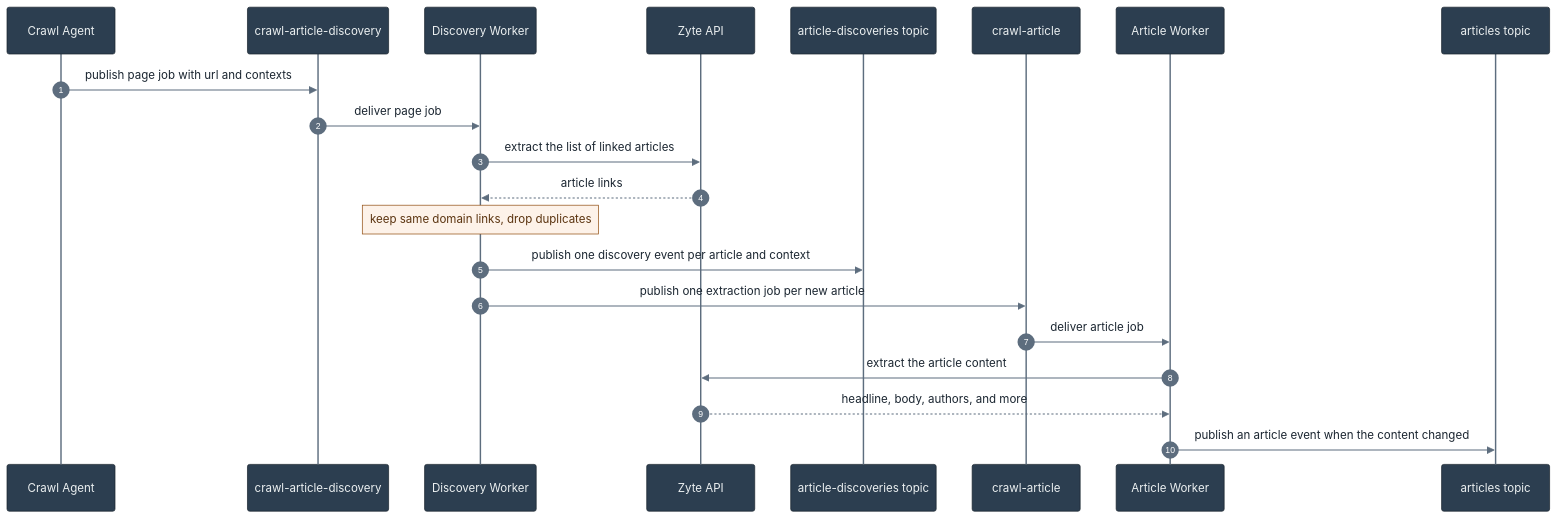
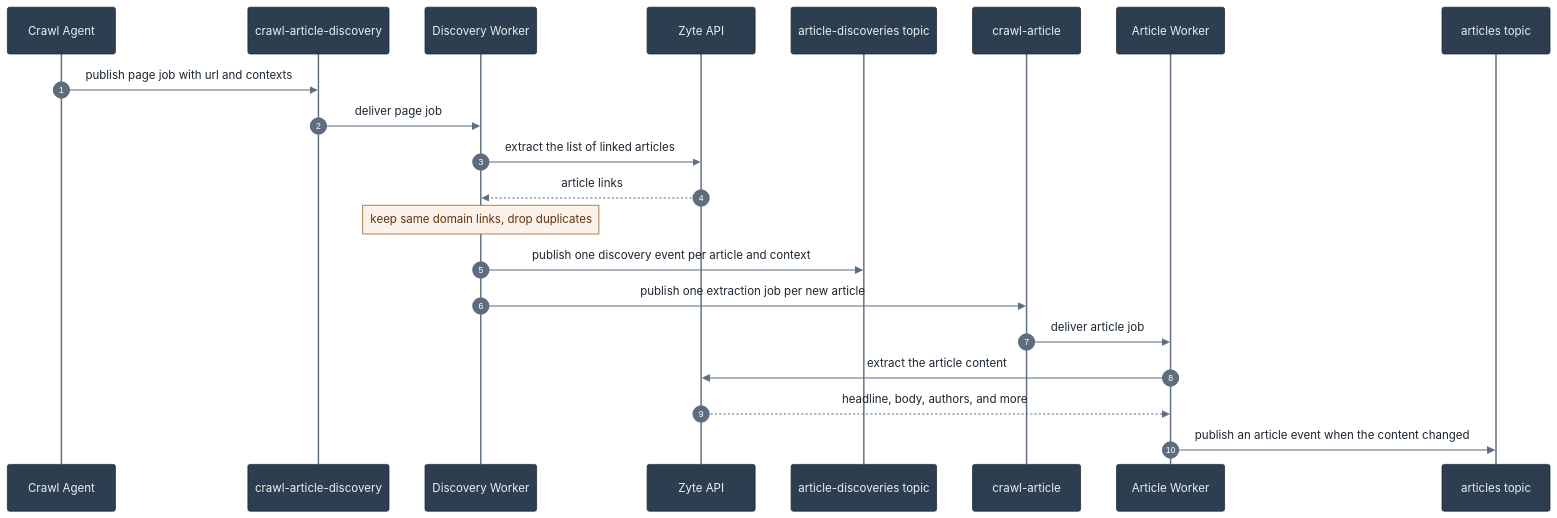
Before and after one commit to mozilla/hnt-content: the third of 5 diagrams in docs/ARCHITECTURE.md, drawn with Mermaid. The commit also changed other lines of this file, not shown here.

Commit message:
docs(HNT-2086): correct curated-article source and make diagrams legible under GitHub controls

````diff
--- a/docs/ARCHITECTURE.md
+++ b/docs/ARCHITECTURE.md
@@ -162,25 +164,25 @@
 ```mermaid
-%%{init: {'theme':'base','themeVariables':{'actorBkg':'#2c3e50','actorBorder':'#1a252f','actorTextColor':'#ecf0f1','actorLineColor':'#5d6d7e','signalColor':'#5d6d7e','signalTextColor':'#1b2631','labelBoxBkgColor':'#eaf2f8','labelBoxBorderColor':'#aed6f1','labelTextColor':'#1b2631','loopTextColor':'#1b2631','noteBkgColor':'#fdf2e9','noteBorderColor':'#935116','noteTextColor':'#5b3410','sequenceNumberColor':'#ffffff'}}}%%
+%%{init: {'theme':'base','sequence':{'diagramMarginX':270},'themeVariables':{'actorBkg':'#2c3e50','actorBorder':'#1a252f','actorTextColor':'#ecf0f1','actorLineColor':'#5d6d7e','signalColor':'#5d6d7e','signalTextColor':'#1b2631','labelBoxBkgColor':'#eaf2f8','labelBoxBorderColor':'#aed6f1','labelTextColor':'#1b2631','loopTextColor':'#1b2631','noteBkgColor':'#fdf2e9','noteBorderColor':'#935116','noteTextColor':'#5b3410','sequenceNumberColor':'#ffffff'}}}%%
 sequenceDiagram
     autonumber
     participant Agent as Crawl Agent
     participant DiscQ as crawl-article-discovery
     participant Disc as Discovery Worker
     participant Zyte as Zyte API
     participant DiscT as article-discoveries topic
     participant ArtQ as crawl-article
     participant Art as Article Worker
     participant ArtT as articles topic
 
     Agent->>DiscQ: publish page job with url and contexts
     DiscQ->>Disc: deliver page job
     Disc->>Zyte: extract the list of linked articles
     Zyte-->>Disc: article links
     Note over Disc: keep same domain links, drop duplicates
     Disc->>DiscT: publish one discovery event per article and context
     Disc->>ArtQ: publish one extraction job per new article
     ArtQ->>Art: deliver article job
     Art->>Zyte: extract the article content
     Zyte-->>Art: headline, body, authors, and more
     Art->>ArtT: publish an article event when the content changed
 ```
````
